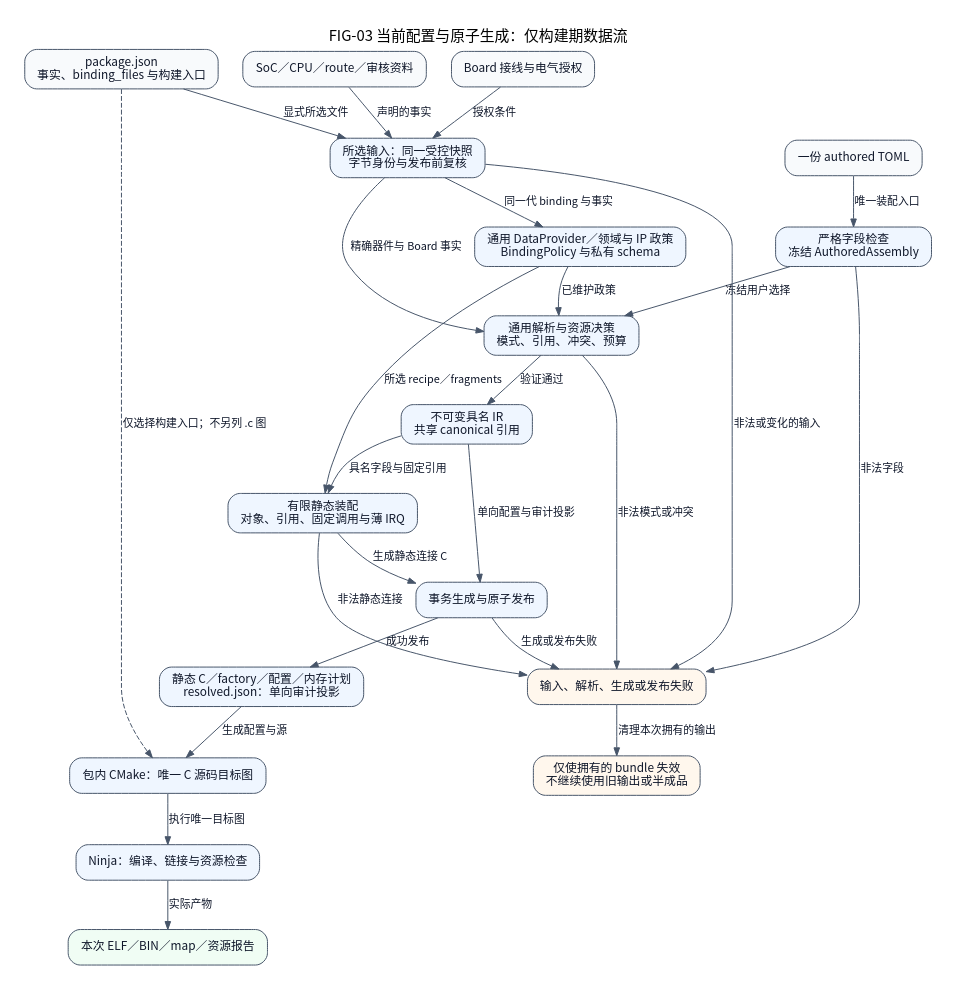
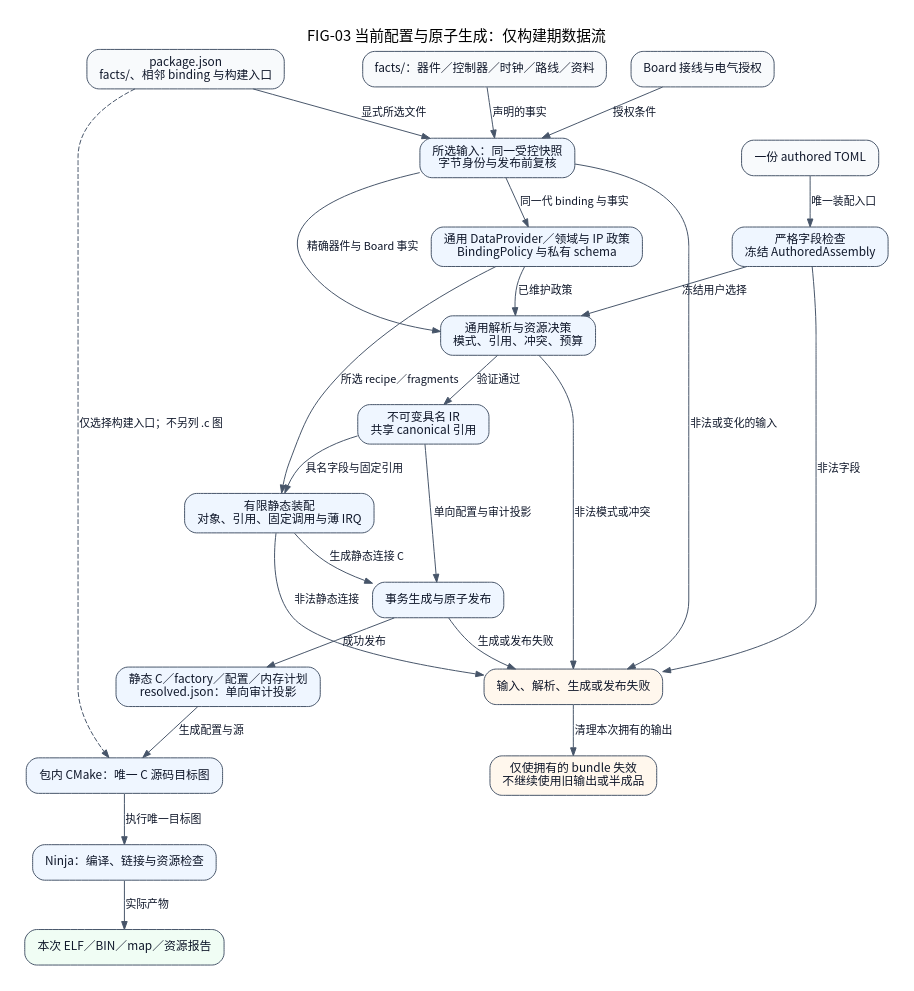
One commit to X-Gen-Lab/nexus changed the diagram in docs/assets/diagrams/localized/zh_CN/configuration-generation.dot. Above: the diagram before and after it, drawn with Graphviz. The commit also changed 935 other files, not shown here.

Commit message:
refactor(soc): organize STM32F4 package by responsibility

```diff
--- a/docs/assets/diagrams/localized/zh_CN/configuration-generation.dot
+++ b/docs/assets/diagrams/localized/zh_CN/configuration-generation.dot
@@ -1,48 +1,48 @@
 // Current scoped view. Build-time arrows and runtime calls are labeled explicitly.
 // Code basis: tools/configure/packages.py; data_provider.py; domain_policies.py; package_policy.py; ir.py; static_recipe.py; bundle.py; cmake/platform/Configure.cmake
 digraph ConfigurationGeneration {
     graph [label="FIG-03 当前配置与原子生成：仅构建期数据流", rankdir=TB, bgcolor="white", pad=0.25, nodesep=0.35, ranksep=0.52, fontname="Noto Sans CJK SC", fontsize=15, labelloc=t];
     node [shape=box, style="rounded,filled", fillcolor="#eff6ff", color="#475569", fontcolor="#0f172a", fontname="Noto Sans CJK SC", fontsize=12, margin="0.16,0.10"];
     edge [color="#475569", fontcolor="#0f172a", fontname="Noto Sans CJK SC", fontsize=11, arrowsize=0.8];
     assembly [label="一份 authored TOML", fillcolor="#f8fafc"];
-    package [label="package.json\n事实、binding_files 与构建入口", fillcolor="#f8fafc"];
-    socFacts [label="SoC／CPU／route／审核资料", fillcolor="#f8fafc"];
+    package [label="package.json\nfacts/、相邻 binding 与构建入口", fillcolor="#f8fafc"];
+    socFacts [label="facts/：器件／控制器／时钟／路线／资料", fillcolor="#f8fafc"];
     boardFacts [label="Board 接线与电气授权", fillcolor="#f8fafc"];
     authored [label="严格字段检查\n冻结 AuthoredAssembly"];
     reader [label="所选输入：同一受控快照\n字节身份与发布前复核"];
     policies [label="通用 DataProvider／领域与 IP 政策\nBindingPolicy 与私有 schema"];
     resolver [label="通用解析与资源决策\n模式、引用、冲突、预算"];
     typedIr [label="不可变具名 IR\n共享 canonical 引用"];
     construction [label="有限静态装配\n对象、引用、固定调用与薄 IRQ"];
     bundle [label="事务生成与原子发布"];
     outputs [label="静态 C／factory／配置／内存计划\nresolved.json：单向审计投影"];
     targets [label="包内 CMake：唯一 C 源码目标图"];
     ninja [label="Ninja：编译、链接与资源检查"];
     firmware [label="本次 ELF／BIN／map／资源报告", fillcolor="#f0fdf4"];
     rejected [label="输入、解析、生成或发布失败", fillcolor="#fff7ed"];
     invalidated [label="仅使拥有的 bundle 失效\n不继续使用旧输出或半成品", fillcolor="#fff7ed"];
     assembly -> authored [label="唯一装配入口"];
     package -> reader [label="显式所选文件"];
     socFacts -> reader [label="声明的事实"];
     boardFacts -> reader [label="授权条件"];
     reader -> policies [label="同一代 binding 与事实"];
     reader -> resolver [label="精确器件与 Board 事实"];
     authored -> resolver [label="冻结用户选择"];
     policies -> resolver [label="已维护政策"];
     resolver -> typedIr [label="验证通过"];
     typedIr -> construction [label="具名字段与固定引用"];
     policies -> construction [label="所选 recipe／fragments"];
     construction -> bundle [label="生成静态连接 C"];
     typedIr -> bundle [label="单向配置与审计投影"];
     bundle -> outputs [label="成功发布"];
     outputs -> targets [label="生成配置与源"];
     package -> targets [label="仅选择构建入口；不另列 .c 图", style=dashed];
     targets -> ninja [label="执行唯一目标图"];
     ninja -> firmware [label="实际产物"];
     authored -> rejected [label="非法字段"];
     reader -> rejected [label="非法或变化的输入"];
     resolver -> rejected [label="非法模式或冲突"];
     construction -> rejected [label="非法静态连接"];
     bundle -> rejected [label="生成或发布失败"];
     rejected -> invalidated [label="清理本次拥有的输出"];
 }
```
